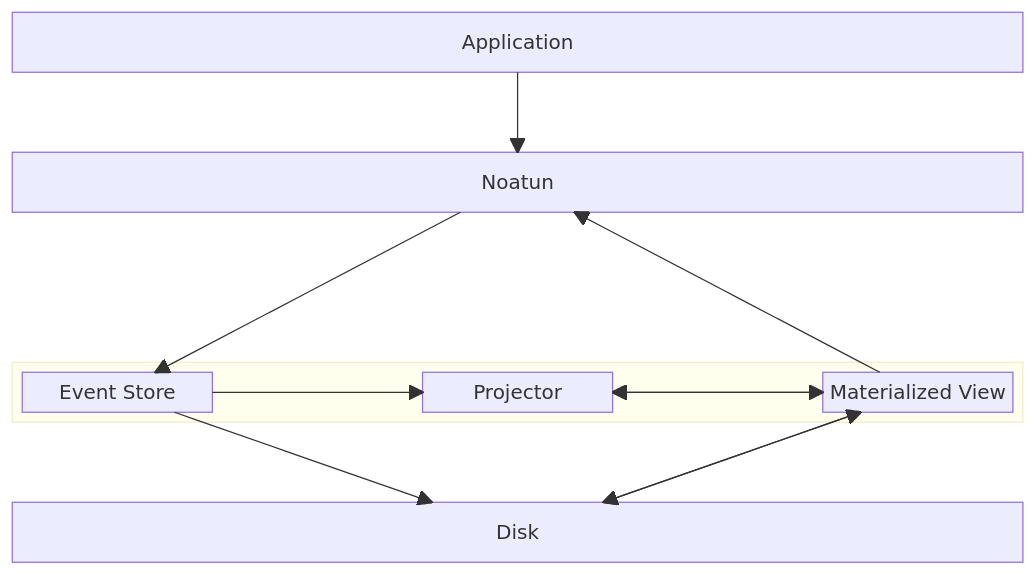
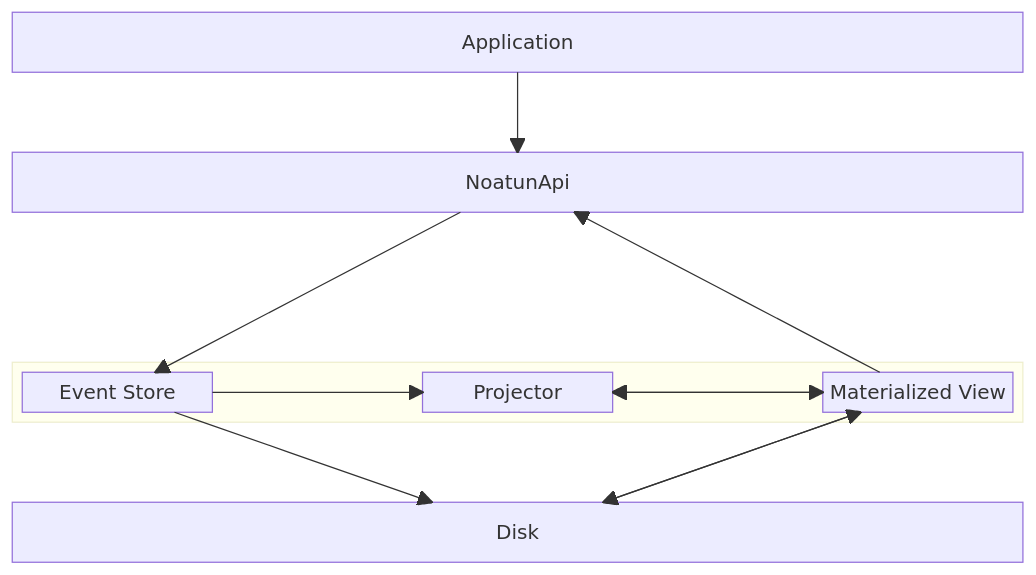
Before and after one commit to avl/noatun: the first of 8 diagrams in docs/docs.md, drawn with Mermaid. The commit also changed 4 other files, not shown here.

````diff
--- a/docs/docs.md
+++ b/docs/docs.md
@@ -38,27 +38,27 @@
 ```mermaid
 block-beta
 columns 3
     U["Application"]:3
     space:3
-    Noatun:3
+    NoatunApi:3
     space:3
     space:3
     block:ID:3
       E["Event Store"]
       space
       Projector
       space
       M["Materialized View"]
     end
     space:3
     Disk:3
-    U --> Noatun
-    Noatun --> E
-    M --> Noatun
+    U --> NoatunApi
+    NoatunApi --> E
+    M --> NoatunApi
     E --> Projector
     Projector --> M
     M --> Projector
     E --> Disk
     M --> Disk
     Disk --> M
 ```
````
